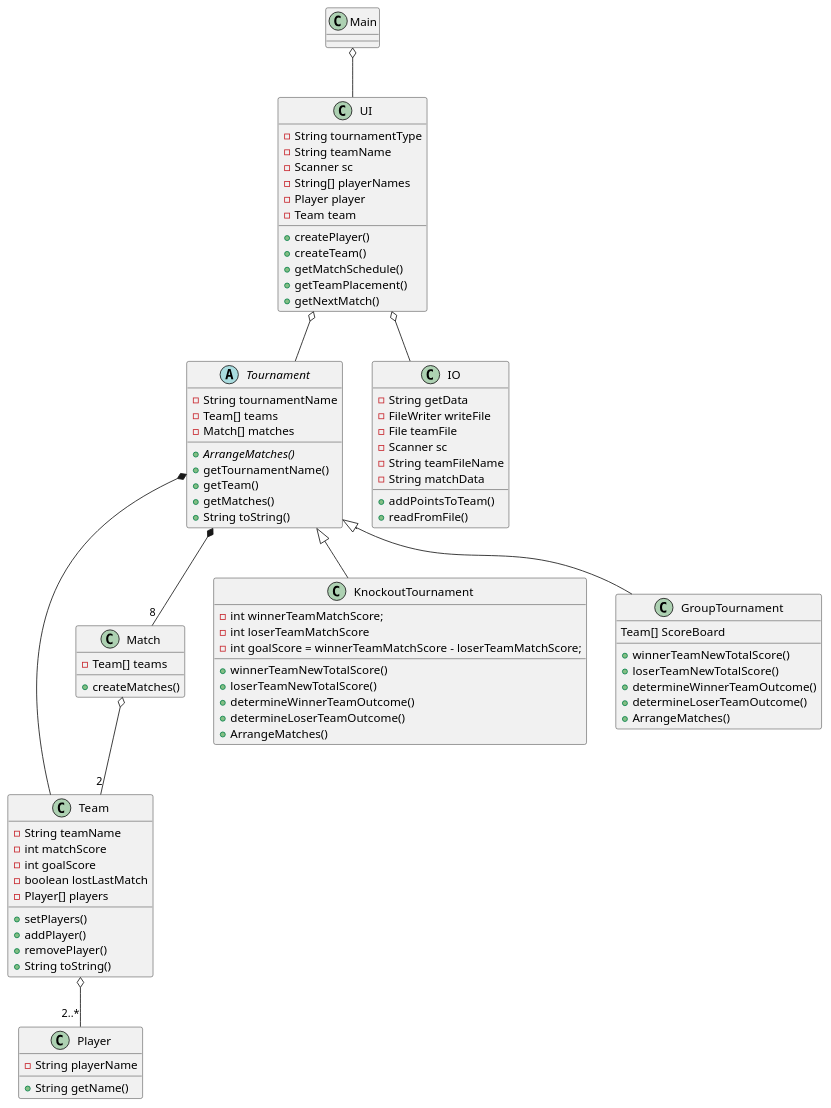
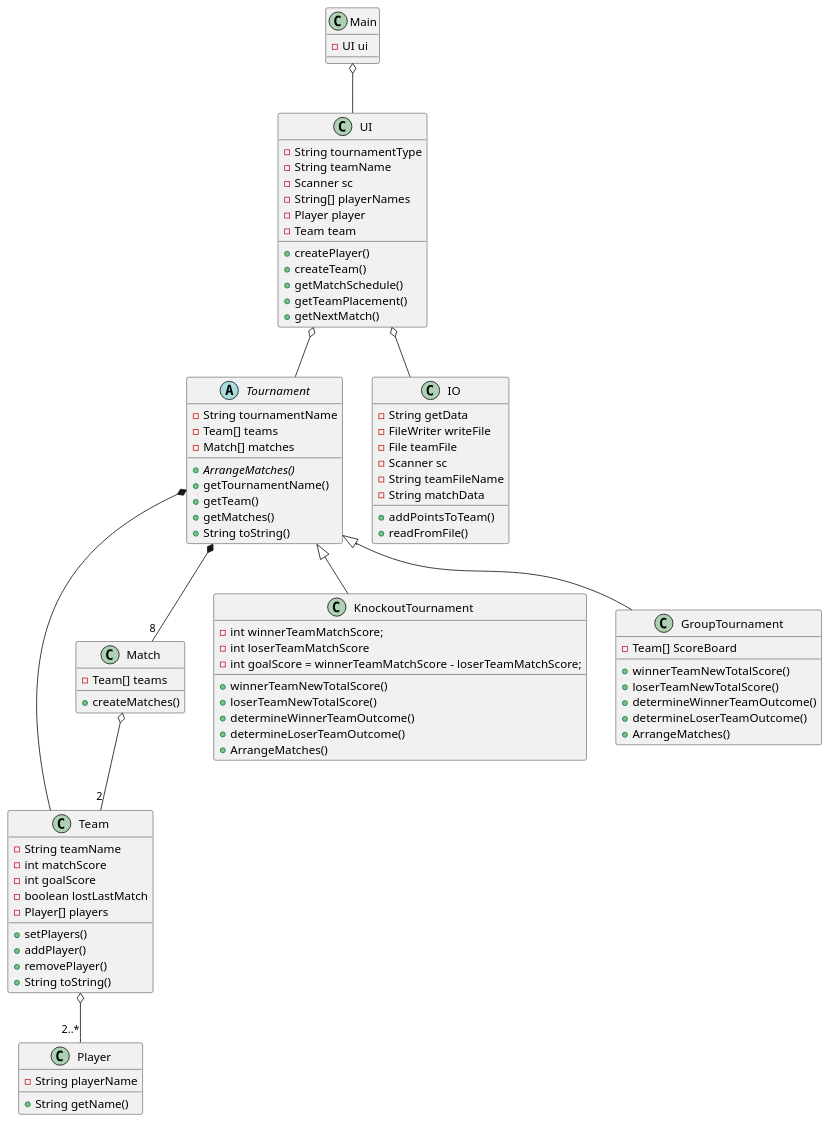
One commit to DeRp-DaWg/SP3 changed the diagram in doc/Class.puml. Above: the diagram before and after it, drawn with PlantUML.

```diff
--- a/doc/Class.puml
+++ b/doc/Class.puml
@@ -1,93 +1,97 @@
 @startuml
 'https://plantuml.com/class-diagram
+
+class Main{
+-UI ui
+}
 
 class Player {
 -String playerName
 +String getName()
 }
 
 class Team {
 -String teamName
 -int matchScore
 -int goalScore
 -boolean lostLastMatch
 -Player[] players
 +setPlayers()
 +addPlayer()
 +removePlayer()
 +String toString()
 }
 
 class Match{
 -Team[] teams
 +createMatches()
 }
 
 abstract Tournament {
 -String tournamentName
 -Team[] teams
 -Match[] matches
 +{abstract}ArrangeMatches()
 +getTournamentName()
 +getTeam()
 +getMatches()
 +String toString()
 }
 
 class KnockoutTournament{
 -int winnerTeamMatchScore;
 -int loserTeamMatchScore
 -int goalScore = winnerTeamMatchScore - loserTeamMatchScore;
 
 +winnerTeamNewTotalScore()
 +loserTeamNewTotalScore()
 +determineWinnerTeamOutcome()
 +determineLoserTeamOutcome()
 +ArrangeMatches()
 }
 
 class GroupTournament{
-Team[] ScoreBoard
+-Team[] ScoreBoard
 +winnerTeamNewTotalScore()
 +loserTeamNewTotalScore()
 +determineWinnerTeamOutcome()
 +determineLoserTeamOutcome()
 +ArrangeMatches()
 }
 
 class UI {
 -String tournamentType
 -String teamName
 -Scanner sc
 -String[] playerNames
 -Player player
 -Team team
 +createPlayer()
 +createTeam()
 +getMatchSchedule()
 +getTeamPlacement()
 +getNextMatch()
 }
 
 class IO {
 -String getData
 -FileWriter writeFile
 -File teamFile
 -Scanner sc
 -String teamFileName
 -String matchData
 +addPointsToTeam()
 +readFromFile()
 }
-class Main{}
+
 
 UI o-- Tournament
 UI o-- IO
 Tournament *-- "8" Match
 Tournament *-- Team
 Match o-- "2" Team
 Team o-- "2..*" Player
 Tournament <|-- KnockoutTournament
 Tournament <|-- GroupTournament
 Main o-- UI
 @enduml
```
